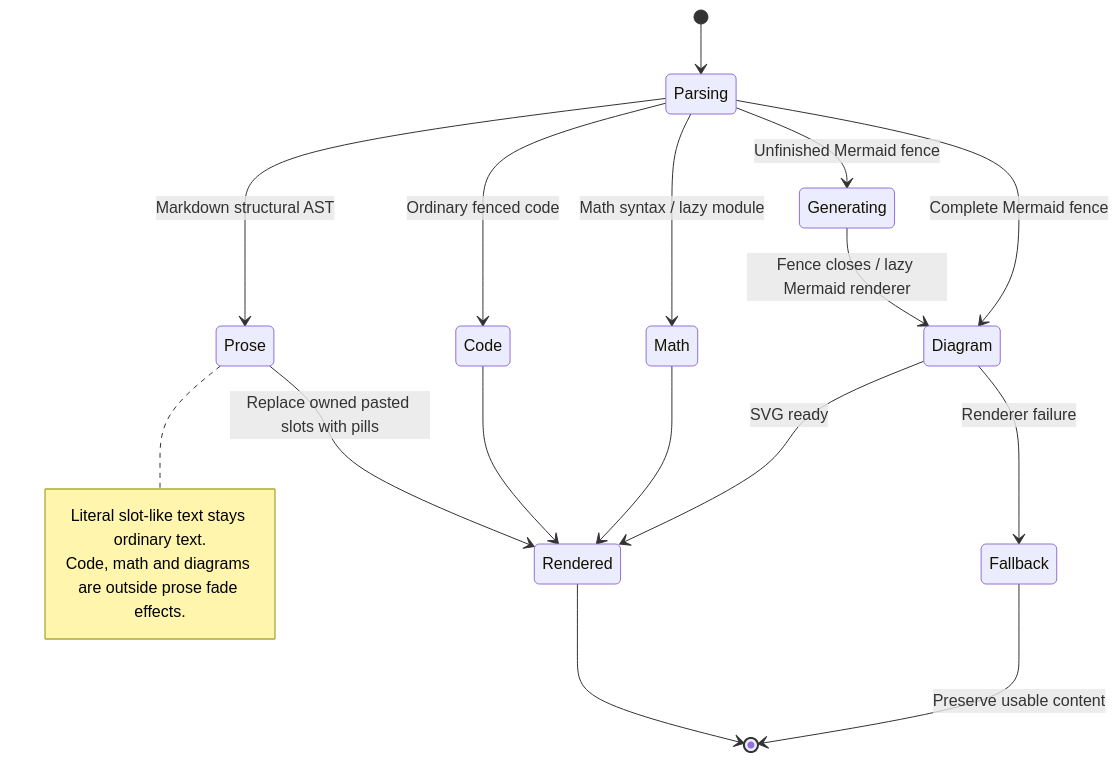
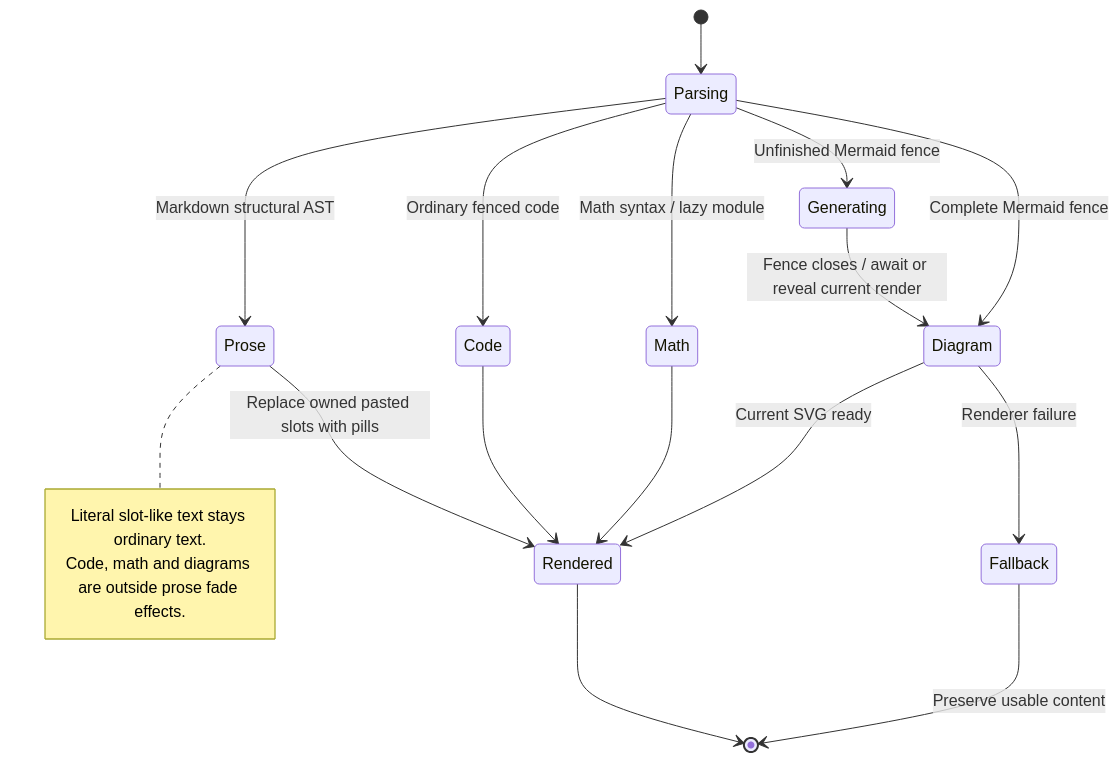
The diagram in docs/state/services/gateway/attachments/read-rich-text-code-math-and-diagrams-in-a-message.md (nessalabs/nessa-agent), drawn with Mermaid before and after one commit. The commit also changed other lines of this file and 169 other files, not shown here.

````diff
--- a/docs/state/services/gateway/attachments/read-rich-text-code-math-and-diagrams-in-a-message.md
+++ b/docs/state/services/gateway/attachments/read-rich-text-code-math-and-diagrams-in-a-message.md
@@ -27,21 +46,21 @@
 ```mermaid
 stateDiagram-v2
     [*] --> Parsing
     Parsing --> Prose: Markdown structural AST
     Parsing --> Code: Ordinary fenced code
     Parsing --> Math: Math syntax / lazy module
     Parsing --> Generating: Unfinished Mermaid fence
-    Generating --> Diagram: Fence closes / lazy Mermaid renderer
+    Generating --> Diagram: Fence closes / await or reveal current render
     Parsing --> Diagram: Complete Mermaid fence
     Prose --> Rendered: Replace owned pasted slots with pills
     Code --> Rendered
     Math --> Rendered
-    Diagram --> Rendered: SVG ready
+    Diagram --> Rendered: Current SVG ready
     Diagram --> Fallback: Renderer failure
     Rendered --> [*]
     Fallback --> [*]: Preserve usable content
     note right of Prose
         Literal slot-like text stays ordinary text.
         Code, math and diagrams are outside prose fade effects.
     end note
 ```
````
